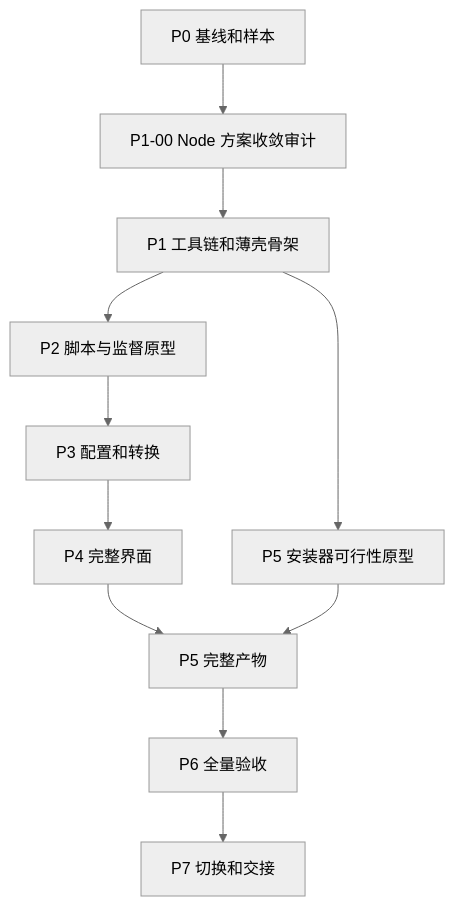
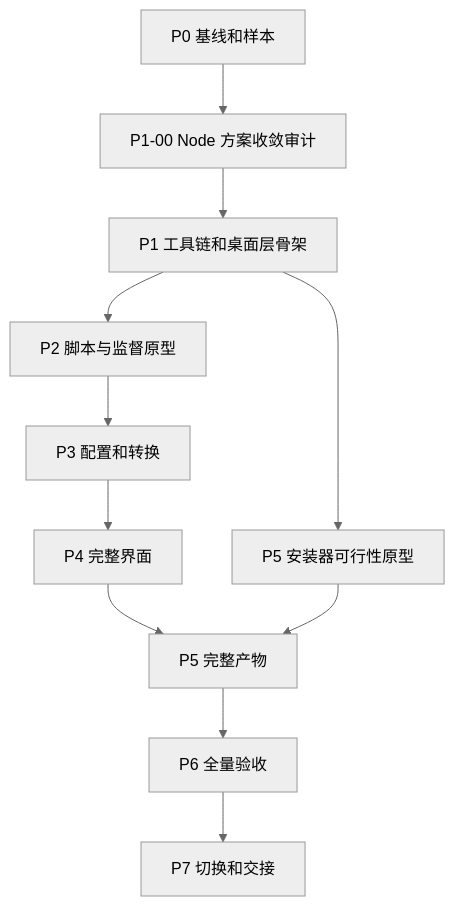
One commit to owent/xresconv-gui changed the diagram in docs/plan/README.md. Above: the diagram before and after it, drawn with Mermaid (neutral theme). The commit also changed 24 other files, not shown here.

````diff
--- a/docs/plan/README.md
+++ b/docs/plan/README.md
@@ -44,13 +44,13 @@
 ```mermaid
 flowchart TD
     B[P0 基线和样本] --> A[P1-00 Node 方案收敛审计]
-    A --> T[P1 工具链和薄壳骨架]
+    A --> T[P1 工具链和桌面层骨架]
     T --> S[P2 脚本与监督原型]
     S --> C[P3 配置和转换]
     C --> U[P4 完整界面]
     T --> K[P5 安装器可行性原型]
     U --> P[P5 完整产物]
     K --> P
     P --> Q[P6 全量验收]
     Q --> M[P7 切换和交接]
 ```
````
